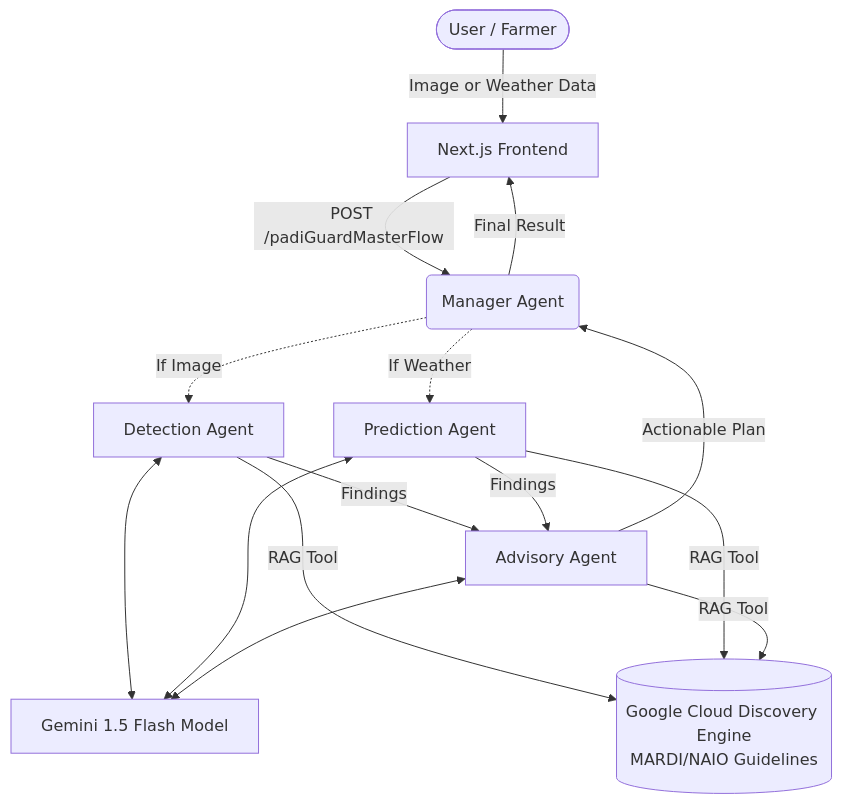
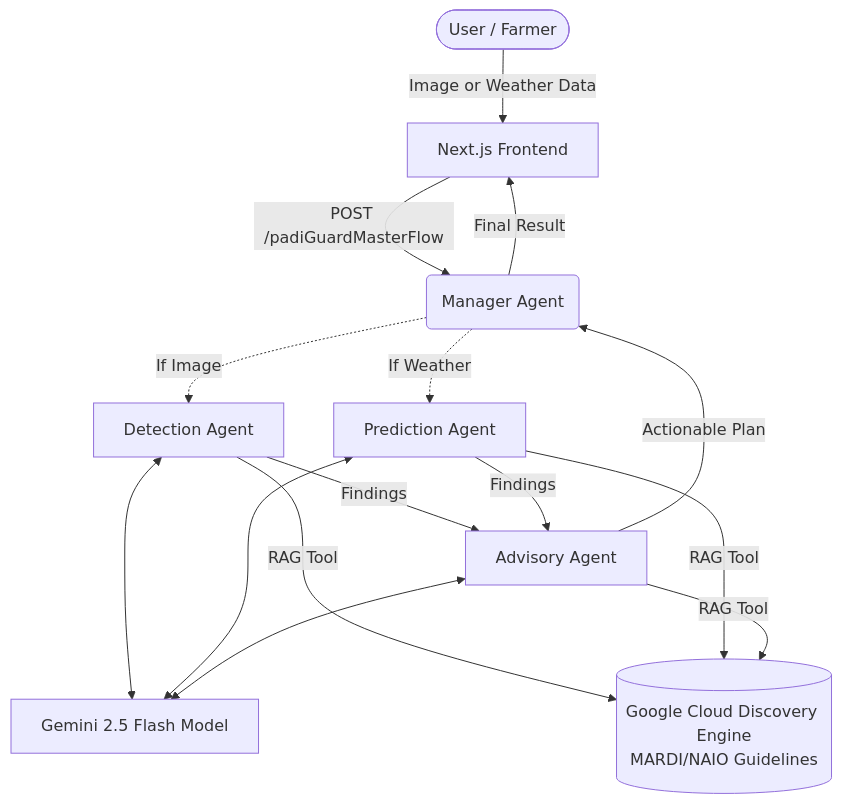
One commit to btrsyiafrna/PadiGuard-AI-Project2030 changed the diagram in README.md. Above: the diagram before and after it, drawn with Mermaid. The commit also changed other lines of this file and 4 other files, not shown here.

````diff
--- a/README.md
+++ b/README.md
@@ -15,25 +22,25 @@
 ```mermaid
 graph TD
     User([User / Farmer]) -->|Image or Weather Data| Frontend[Next.js Frontend]
     Frontend -->|POST /padiGuardMasterFlow| Manager(Manager Agent)
 
     Manager -.->|If Image| DetAgent[Detection Agent]
     Manager -.->|If Weather| PredAgent[Prediction Agent]
 
-    DetAgent <--> Gemini[Gemini 1.5 Flash Model]
+    DetAgent <--> Gemini[Gemini 2.5 Flash Model]
     PredAgent <--> Gemini
     
     DetAgent -->|RAG Tool| Sovereign[Sovereign RAG Data Store]
     PredAgent -->|RAG Tool| Sovereign
     
     DetAgent -->|Findings| AdvAgent[Advisory Agent]
     PredAgent -->|Findings| AdvAgent
     
     AdvAgent <--> Gemini
     AdvAgent -->|RAG Tool| Sovereign
 
     Sovereign[(Google Cloud Discovery Engine<br>MARDI/NAIO Guidelines)]
 
     AdvAgent -->|Actionable Plan| Manager
     Manager -->|Final Result| Frontend
 ```
````
